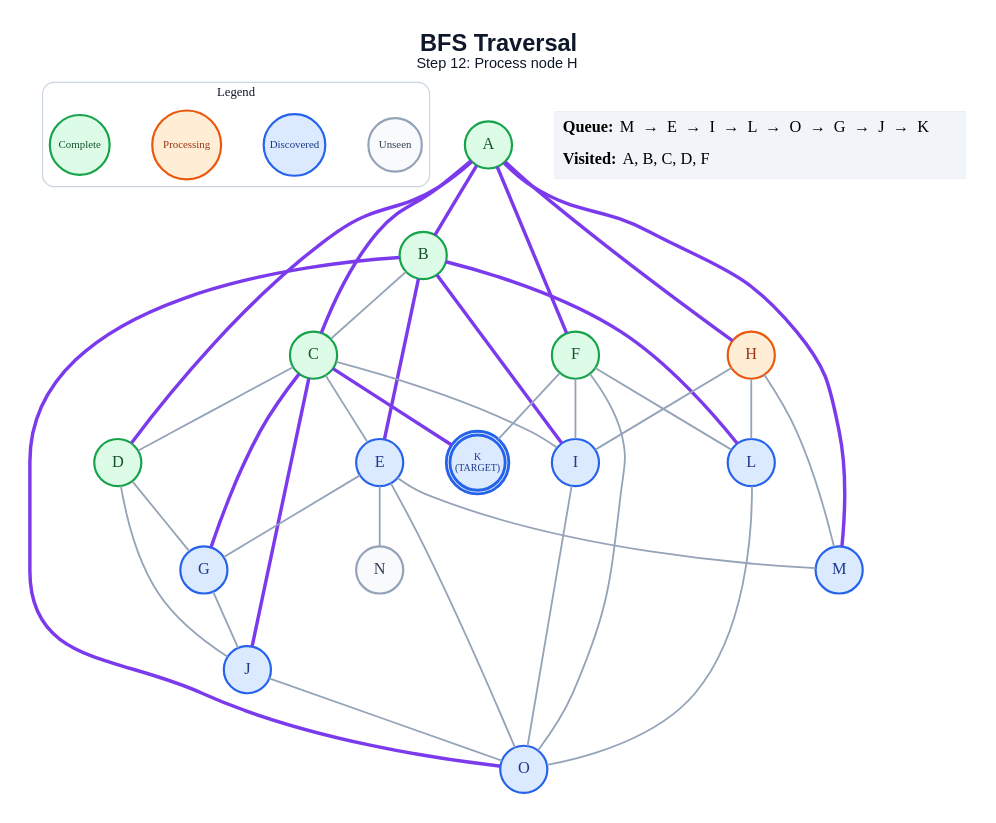
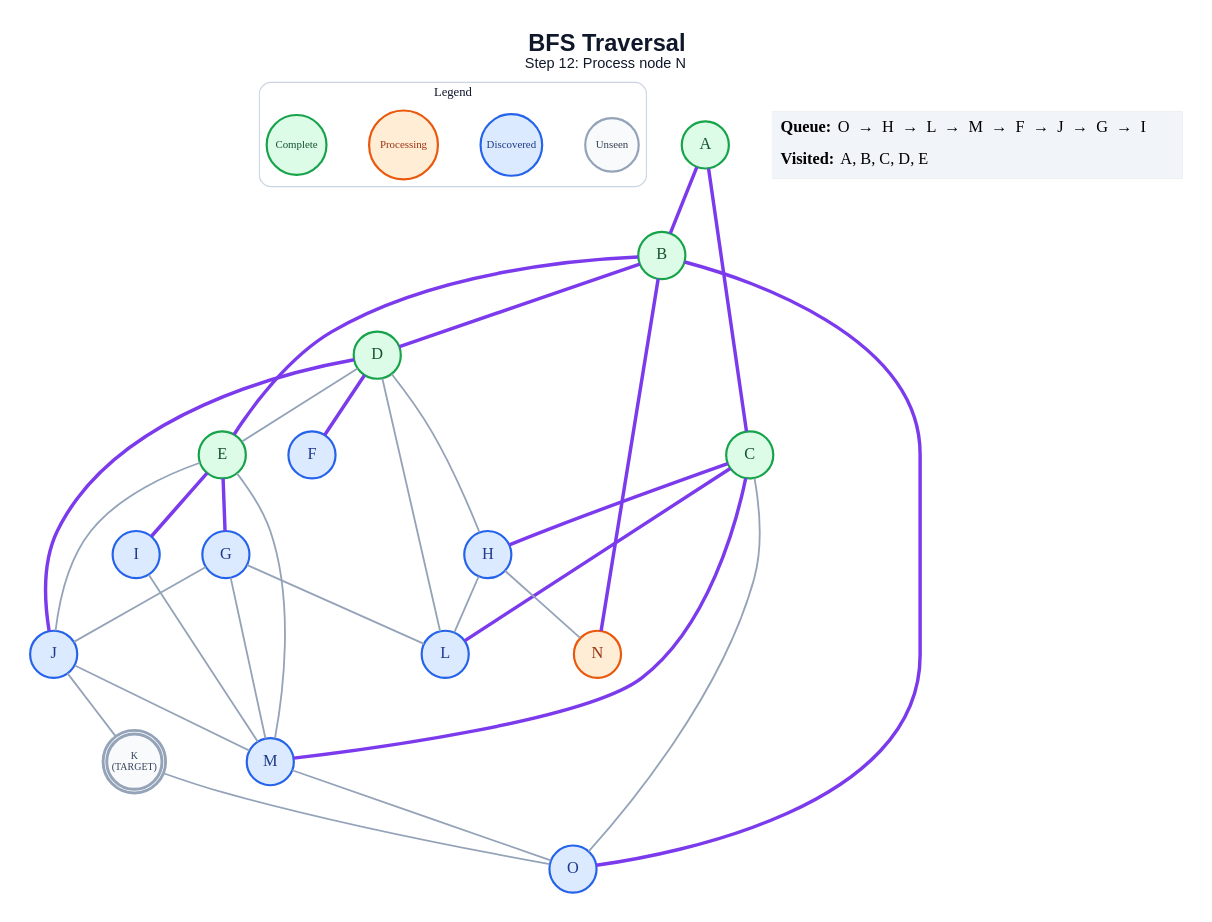
The diagram in generated/bfs/step_12.dot (anon7238593-create/ai-slop), drawn with Graphviz before and after one commit. The commit also changed 305 other files, not shown here.

```diff
--- a/generated/bfs/step_12.dot
+++ b/generated/bfs/step_12.dot
@@ -1,68 +1,63 @@
 graph traversal {
   graph [layout=dot, rankdir=TB, bgcolor="#FFFFFF", pad="0.35", nodesep="0.65", ranksep="0.8", fontname="Arial"];
   node [shape=circle, style="filled", fontname="Arial Bold", fontsize=18, width=0.72, fixedsize=true, penwidth=2.4];
   edge [color="#94A3B8", penwidth=2.0];
-  label=<<B>BFS Traversal</B><BR/><FONT POINT-SIZE="16">Step 12: Process node H</FONT>>; labelloc="t"; fontsize=26; fontname="Arial"; fontcolor="#0F172A";
+  label=<<B>BFS Traversal</B><BR/><FONT POINT-SIZE="16">Step 12: Process node N</FONT>>; labelloc="t"; fontsize=26; fontname="Arial"; fontcolor="#0F172A";
   subgraph cluster_legend { label="Legend"; color="#CBD5E1"; penwidth=1.2; style="rounded"; fontsize=14; fontname="Arial Bold";
     key_unseen [label="Unseen", fillcolor="#F8FAFC", color="#94A3B8", fontcolor="#334155", fontsize=12, width=0.82];
     key_frontier [label="Discovered", fillcolor="#DBEAFE", color="#2563EB", fontcolor="#1E3A8A", fontsize=12, width=0.95];
     key_current [label="Processing", fillcolor="#FFEDD5", color="#EA580C", fontcolor="#9A3412", fontsize=12, width=1.05];
     key_done [label="Complete", fillcolor="#DCFCE7", color="#16A34A", fontcolor="#14532D", fontsize=12, width=0.92];
     { rank=same; key_unseen; key_frontier; key_current; key_done; }
   }
   A [label="A", fillcolor="#DCFCE7", color="#16A34A", fontcolor="#14532D", peripheries=1, penwidth=2.4];
   B [label="B", fillcolor="#DCFCE7", color="#16A34A", fontcolor="#14532D", peripheries=1, penwidth=2.4];
   C [label="C", fillcolor="#DCFCE7", color="#16A34A", fontcolor="#14532D", peripheries=1, penwidth=2.4];
   D [label="D", fillcolor="#DCFCE7", color="#16A34A", fontcolor="#14532D", peripheries=1, penwidth=2.4];
-  E [label="E", fillcolor="#DBEAFE", color="#2563EB", fontcolor="#1E3A8A", peripheries=1, penwidth=2.4];
-  F [label="F", fillcolor="#DCFCE7", color="#16A34A", fontcolor="#14532D", peripheries=1, penwidth=2.4];
+  E [label="E", fillcolor="#DCFCE7", color="#16A34A", fontcolor="#14532D", peripheries=1, penwidth=2.4];
+  F [label="F", fillcolor="#DBEAFE", color="#2563EB", fontcolor="#1E3A8A", peripheries=1, penwidth=2.4];
   G [label="G", fillcolor="#DBEAFE", color="#2563EB", fontcolor="#1E3A8A", peripheries=1, penwidth=2.4];
-  H [label="H", fillcolor="#FFEDD5", color="#EA580C", fontcolor="#9A3412", peripheries=1, penwidth=2.4];
+  H [label="H", fillcolor="#DBEAFE", color="#2563EB", fontcolor="#1E3A8A", peripheries=1, penwidth=2.4];
   I [label="I", fillcolor="#DBEAFE", color="#2563EB", fontcolor="#1E3A8A", peripheries=1, penwidth=2.4];
   J [label="J", fillcolor="#DBEAFE", color="#2563EB", fontcolor="#1E3A8A", peripheries=1, penwidth=2.4];
-  K [label="K\n(TARGET)", fillcolor="#DBEAFE", color="#2563EB", fontcolor="#1E3A8A", peripheries=2, penwidth=3.2, fontsize=11, width=0.85, height=0.85];
+  K [label="K\n(TARGET)", fillcolor="#F8FAFC", color="#94A3B8", fontcolor="#334155", peripheries=2, penwidth=3.2, fontsize=11, width=0.85, height=0.85];
   L [label="L", fillcolor="#DBEAFE", color="#2563EB", fontcolor="#1E3A8A", peripheries=1, penwidth=2.4];
   M [label="M", fillcolor="#DBEAFE", color="#2563EB", fontcolor="#1E3A8A", peripheries=1, penwidth=2.4];
-  N [label="N", fillcolor="#F8FAFC", color="#94A3B8", fontcolor="#334155", peripheries=1, penwidth=2.4];
+  N [label="N", fillcolor="#FFEDD5", color="#EA580C", fontcolor="#9A3412", peripheries=1, penwidth=2.4];
   O [label="O", fillcolor="#DBEAFE", color="#2563EB", fontcolor="#1E3A8A", peripheries=1, penwidth=2.4];
   A -- B [color="#7C3AED", penwidth=3.8];
   A -- C [color="#7C3AED", penwidth=3.8];
-  A -- D [color="#7C3AED", penwidth=3.8];
-  A -- F [color="#7C3AED", penwidth=3.8];
-  A -- H [color="#7C3AED", penwidth=3.8];
-  A -- M [color="#7C3AED", penwidth=3.8];
-  B -- C;
+  B -- D [color="#7C3AED", penwidth=3.8];
   B -- E [color="#7C3AED", penwidth=3.8];
-  B -- I [color="#7C3AED", penwidth=3.8];
-  B -- L [color="#7C3AED", penwidth=3.8];
+  B -- N [color="#7C3AED", penwidth=3.8];
   B -- O [color="#7C3AED", penwidth=3.8];
-  C -- D;
-  C -- E;
-  C -- G [color="#7C3AED", penwidth=3.8];
-  C -- I;
-  C -- J [color="#7C3AED", penwidth=3.8];
-  C -- K [color="#7C3AED", penwidth=3.8];
-  D -- G;
-  D -- J;
-  E -- G;
+  C -- H [color="#7C3AED", penwidth=3.8];
+  C -- L [color="#7C3AED", penwidth=3.8];
+  C -- M [color="#7C3AED", penwidth=3.8];
+  C -- O;
+  D -- E;
+  D -- F [color="#7C3AED", penwidth=3.8];
+  D -- H;
+  D -- J [color="#7C3AED", penwidth=3.8];
+  D -- L;
+  E -- G [color="#7C3AED", penwidth=3.8];
+  E -- I [color="#7C3AED", penwidth=3.8];
+  E -- J;
   E -- M;
-  E -- N;
-  E -- O;
-  F -- I;
-  F -- K;
-  F -- L;
-  F -- O;
   G -- J;
-  H -- I;
+  G -- L;
+  G -- M;
   H -- L;
-  H -- M;
-  I -- O;
-  J -- O;
-  L -- O;
+  H -- N;
+  I -- M;
+  J -- K;
+  J -- M;
+  K -- O;
+  M -- O;
   status [shape=plain, fixedsize=false, width=0, height=0, margin=0, label=<
     <TABLE BORDER="0" CELLBORDER="0" CELLPADDING="7" BGCOLOR="#F1F5F9">
-      <TR><TD ALIGN="LEFT"><B>Queue:</B> M  →  E  →  I  →  L  →  O  →  G  →  J  →  K</TD></TR>
-      <TR><TD ALIGN="LEFT"><B>Visited:</B> A, B, C, D, F</TD></TR>
+      <TR><TD ALIGN="LEFT"><B>Queue:</B> O  →  H  →  L  →  M  →  F  →  J  →  G  →  I</TD></TR>
+      <TR><TD ALIGN="LEFT"><B>Visited:</B> A, B, C, D, E</TD></TR>
     </TABLE>
   >];
 }
```
